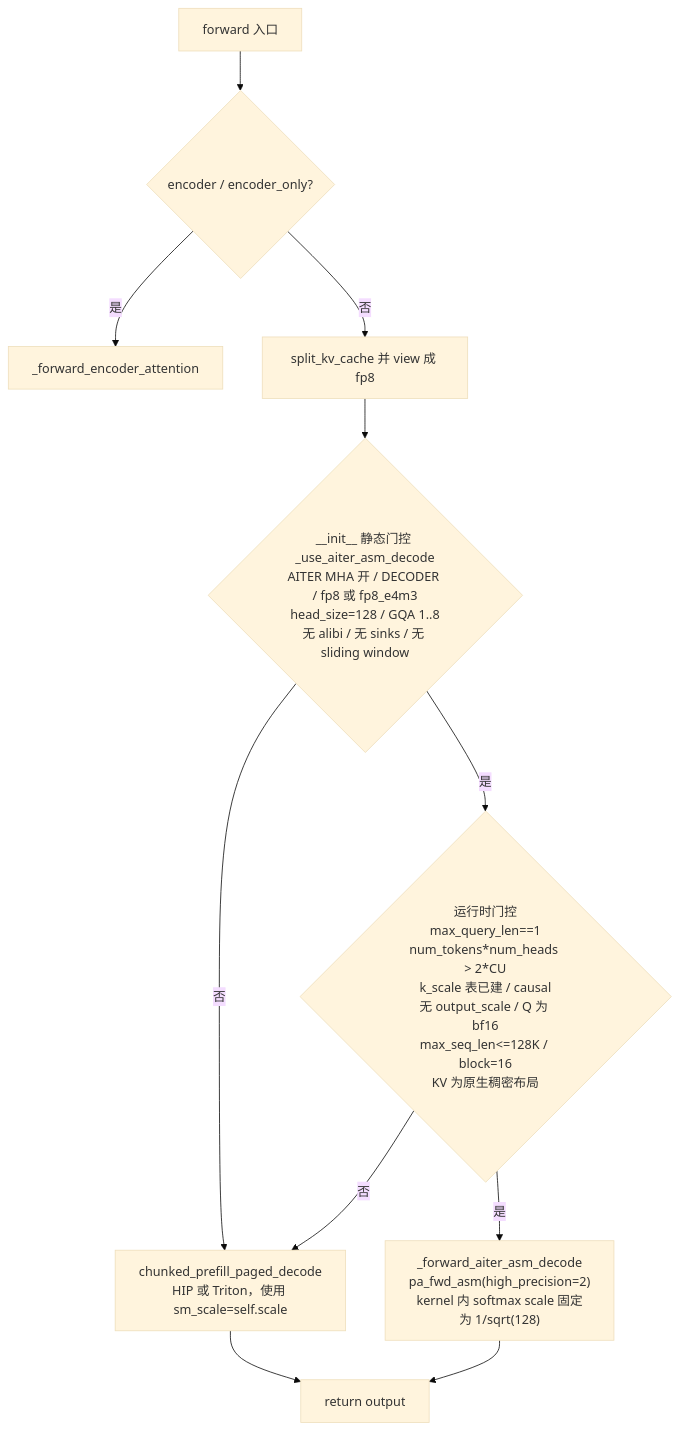
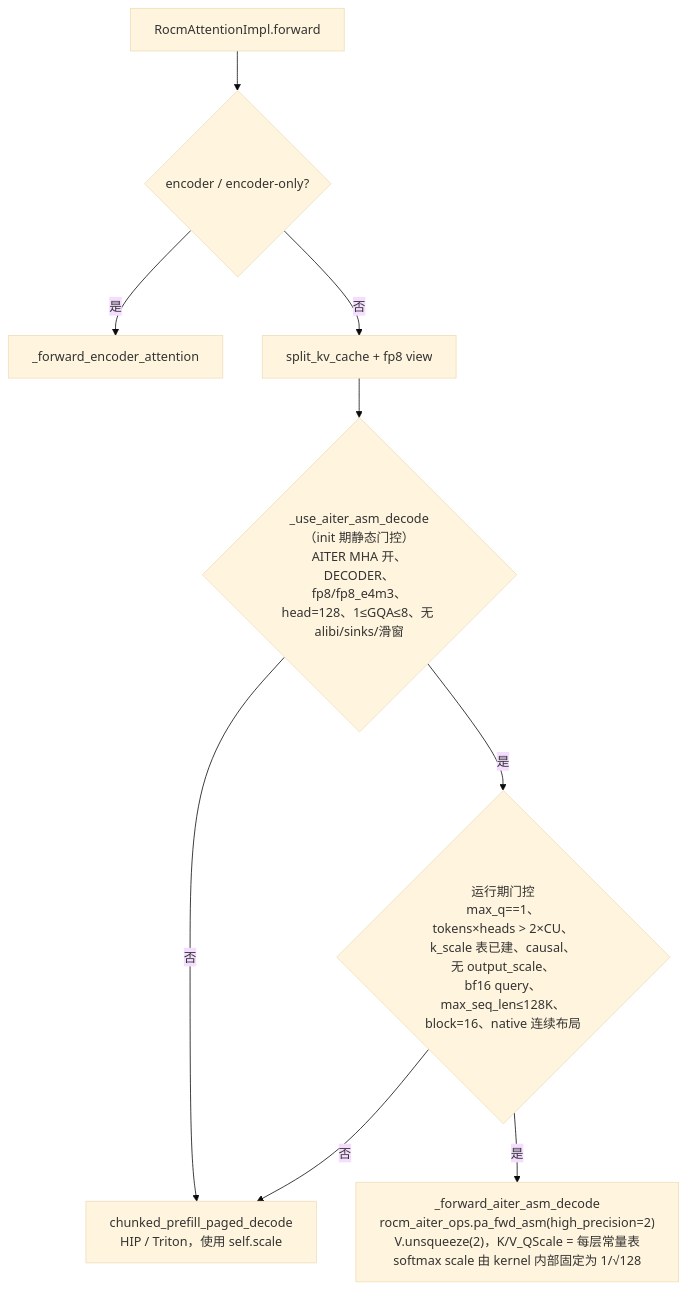
One commit to shen-shanshan/vllm-dev-skills changed the first of 2 diagrams in skills/vllm-rocm-pr-review/outputs/pr-66082-review.md. Above: the diagram before and after it, drawn with Mermaid (base theme). The commit also changed other lines of this file and 3 other files, not shown here.

````diff
--- a/skills/vllm-rocm-pr-review/outputs/pr-66082-review.md
+++ b/skills/vllm-rocm-pr-review/outputs/pr-66082-review.md
@@ -46,13 +44,11 @@
 ```mermaid
 flowchart TD
-    A[forward 入口] --> B{encoder / encoder_only?}
+    A[RocmAttentionImpl.forward] --> B{encoder / encoder-only?}
     B -- 是 --> E1[_forward_encoder_attention]
-    B -- 否 --> C[split_kv_cache 并 view 成 fp8]
-    C --> D{"__init__ 静态门控 _use_aiter_asm_decode<br/>AITER MHA 开 / DECODER / fp8 或 fp8_e4m3<br/>head_size=128 / GQA 1..8<br/>无 alibi / 无 sinks / 无 sliding window"}
-    D -- 否 --> H[chunked_prefill_paged_decode<br/>HIP 或 Triton，使用 sm_scale=self.scale]
-    D -- 是 --> F{"运行时门控<br/>max_query_len==1<br/>num_tokens*num_heads > 2*CU<br/>k_scale 表已建 / causal<br/>无 output_scale / Q 为 bf16<br/>max_seq_len<=128K / block=16<br/>KV 为原生稠密布局"}
+    B -- 否 --> C[split_kv_cache + fp8 view]
+    C --> D{"_use_aiter_asm_decode（init 期静态门控）<br/>AITER MHA 开、DECODER、fp8/fp8_e4m3、<br/>head=128、1≤GQA≤8、无 alibi/sinks/滑窗"}
+    D -- 否 --> H[chunked_prefill_paged_decode<br/>HIP / Triton，使用 self.scale]
+    D -- 是 --> F{"运行期门控<br/>max_q==1、tokens×heads > 2×CU、<br/>k_scale 表已建、causal、无 output_scale、<br/>bf16 query、max_seq_len≤128K、<br/>block=16、native 连续布局"}
     F -- 否 --> H
-    F -- 是 --> G["_forward_aiter_asm_decode<br/>pa_fwd_asm(high_precision=2)<br/>kernel 内 softmax scale 固定为 1/sqrt(128)"]
-    G --> R[return output]
-    H --> R
+    F -- 是 --> G["_forward_aiter_asm_decode<br/>rocm_aiter_ops.pa_fwd_asm(high_precision=2)<br/>V.unsqueeze(2)，K/V_QScale = 每层常量表<br/>softmax scale 由 kernel 内部固定为 1/√128"]
 ```
````
